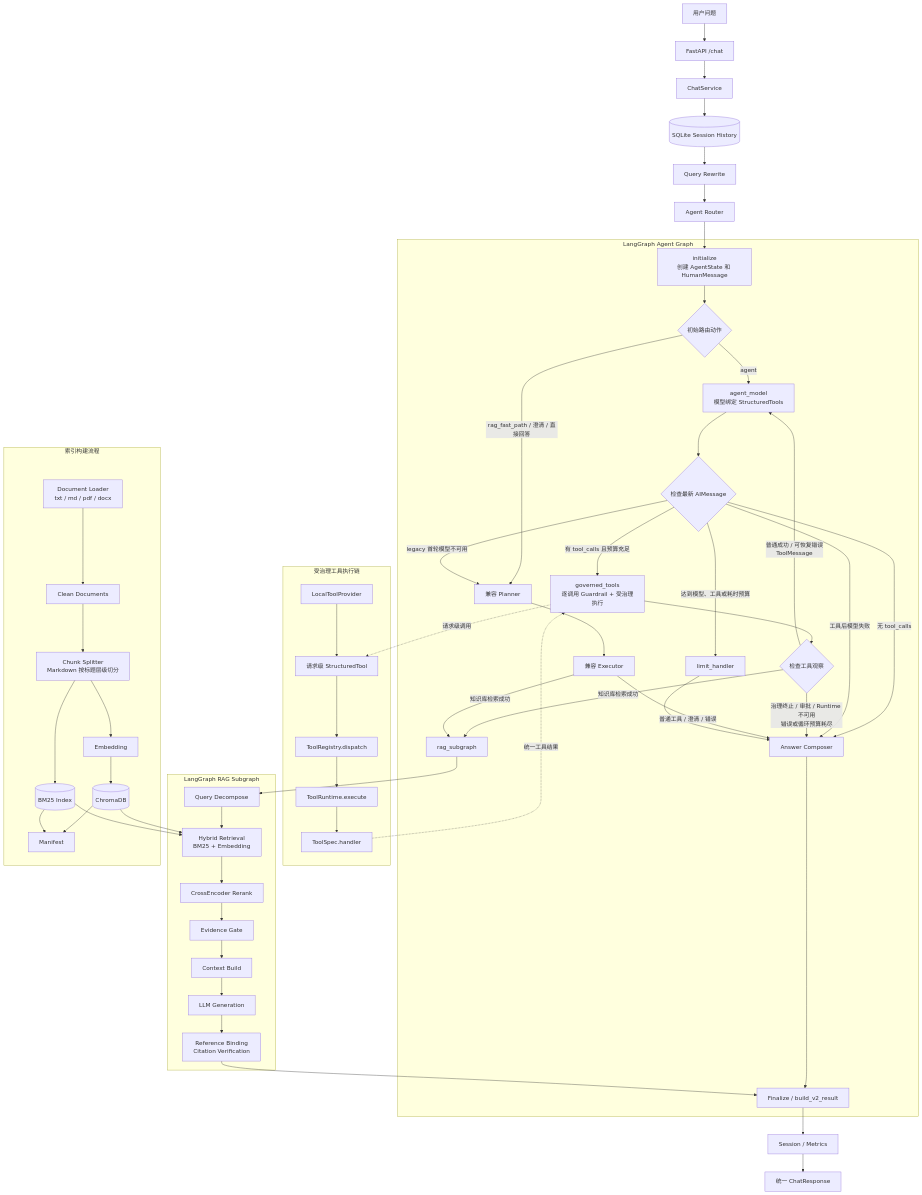
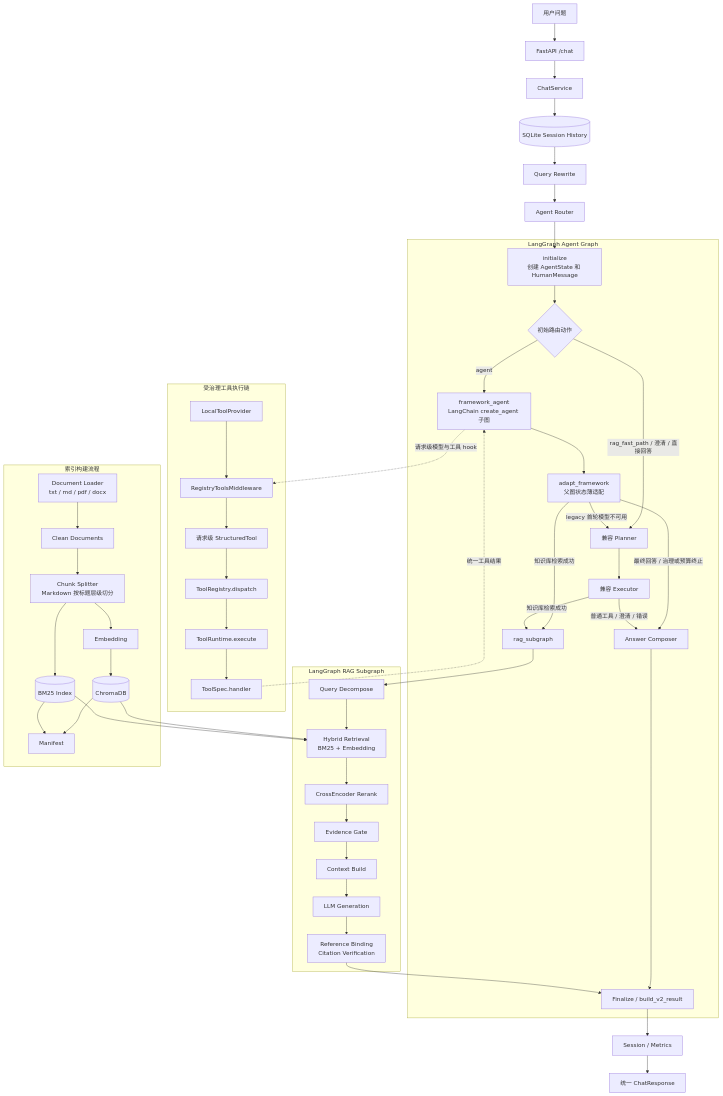
The diagram in README.md (LiBoEN123/rag-agent-qa-system), drawn with Mermaid before and after one commit. The commit also changed other lines of this file and 27 other files, not shown here.

Commit message:
将 Agent Loop 迁移到 LangChain/LangGraph 框架并瘦身 nodes.py

```diff
--- a/README.md
+++ b/README.md
@@ -35,38 +35,27 @@
     subgraph AgentGraph[LangGraph Agent Graph]
         Initialize[initialize<br/>创建 AgentState 和 HumanMessage]
         InitialAction{初始路由动作}
-        AgentModel[agent_model<br/>模型绑定 StructuredTools]
-        ModelResult{检查最新 AIMessage}
-        GovernedTools[governed_tools<br/>逐调用 Guardrail + 受治理执行]
-        ToolResult{检查工具观察}
+        FrameworkAgent[framework_agent<br/>LangChain create_agent 子图]
+        FrameworkAdapt[adapt_framework<br/>父图状态薄适配]
         Planner[兼容 Planner]
         Executor[兼容 Executor]
         RAGEntry[rag_subgraph]
-        Limit[limit_handler]
         Composer[Answer Composer]
         Finalize[Finalize / build_v2_result]
 
         Initialize --> InitialAction
-        InitialAction -->|agent| AgentModel
+        InitialAction -->|agent| FrameworkAgent
         InitialAction -->|rag_fast_path / 澄清 / 直接回答| Planner
 
-        AgentModel --> ModelResult
-        ModelResult -->|有 tool_calls 且预算充足| GovernedTools
-        ModelResult -->|无 tool_calls| Composer
-        ModelResult -->|达到模型、工具或耗时预算| Limit
-        ModelResult -->|legacy 首轮模型不可用| Planner
-        ModelResult -->|工具后模型失败| Composer
-
-        GovernedTools --> ToolResult
-        ToolResult -->|普通成功 / 可恢复错误<br/>ToolMessage| AgentModel
-        ToolResult -->|知识库检索成功| RAGEntry
-        ToolResult -->|治理终止 / 审批 / Runtime 不可用<br/>错误或循环预算耗尽| Composer
+        FrameworkAgent --> FrameworkAdapt
+        FrameworkAdapt -->|知识库检索成功| RAGEntry
+        FrameworkAdapt -->|最终回答 / 治理或预算终止| Composer
+        FrameworkAdapt -->|legacy 首轮模型不可用| Planner
 
         Planner --> Executor
         Executor -->|知识库检索成功| RAGEntry
         Executor -->|普通工具 / 澄清 / 错误| Composer
 
-        Limit --> Composer
         Composer --> Finalize
     end
 
@@ -77,14 +66,17 @@
         Runtime[ToolRuntime.execute]
         Handler[ToolSpec.handler]
 
-        Provider --> StructuredTool
+        Middleware[RegistryToolsMiddleware]
+
+        Provider --> Middleware
+        Middleware --> StructuredTool
         StructuredTool --> Registry
         Registry --> Runtime
         Runtime --> Handler
     end
 
-    GovernedTools -. 请求级调用 .-> StructuredTool
-    Handler -. 统一工具结果 .-> GovernedTools
+    FrameworkAgent -. 请求级模型与工具 hook .-> Middleware
+    Handler -. 统一工具结果 .-> FrameworkAgent
 
     subgraph RAGGraph[LangGraph RAG Subgraph]
         Decompose[Query Decompose]
```
